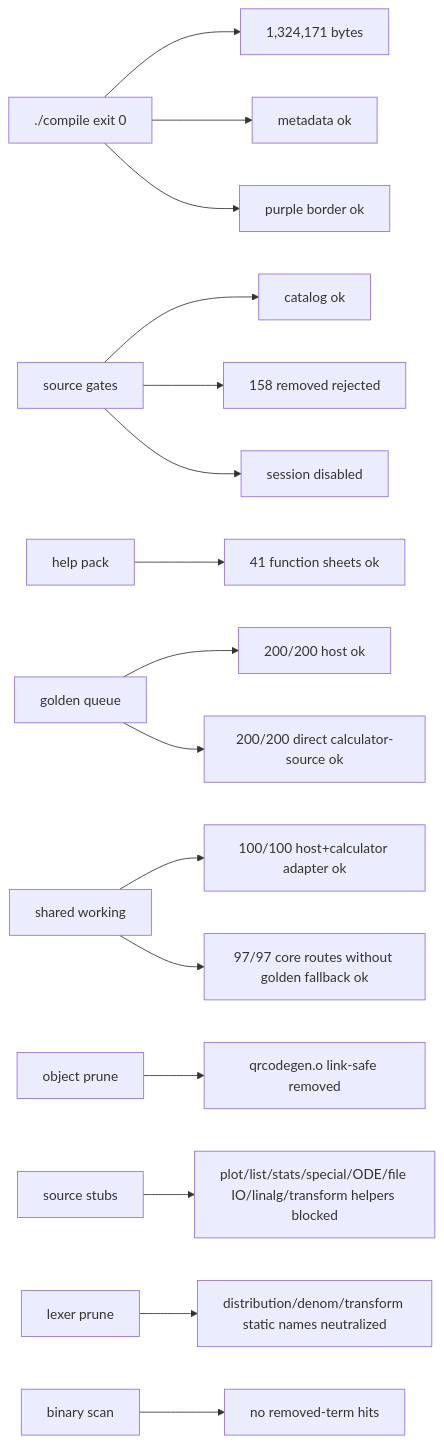
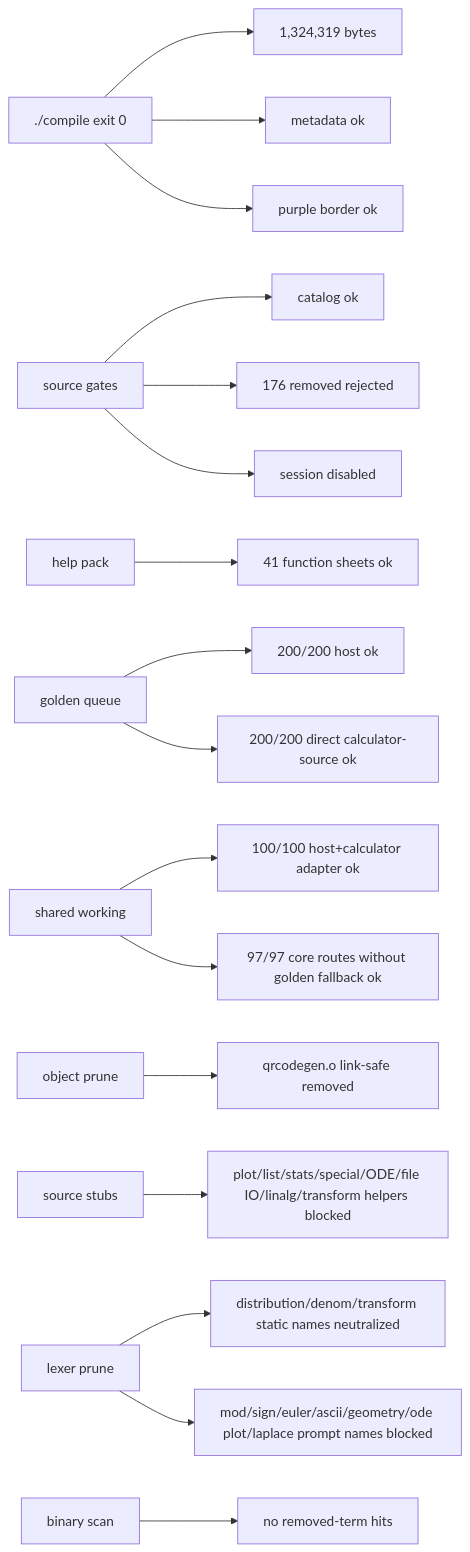
The seventh of 7 diagrams in docs/GRAPH.md (james8464/notes-addin-casio-fx-cg50), drawn with Mermaid before and after one commit. The commit also changed other lines of this file and 15 other files, not shown here.

````diff
--- a/docs/GRAPH.md
+++ b/docs/GRAPH.md
@@ -145,18 +145,19 @@
 ```mermaid
 graph LR
-  Build["./compile exit 0"] --> Size["1,324,171 bytes"]
+  Build["./compile exit 0"] --> Size["1,324,319 bytes"]
   Build --> Meta["metadata ok"]
   Build --> Border["purple border ok"]
   Source["source gates"] --> Catalog["catalog ok"]
-  Source --> Removed["158 removed rejected"]
+  Source --> Removed["176 removed rejected"]
   Source --> Session["session disabled"]
   Help["help pack"] --> HelpQ["41 function sheets ok"]
   Queue["golden queue"] --> QueueRun["200/200 host ok"]
   Queue --> GoldenRun["200/200 direct calculator-source ok"]
   Shared["shared working"] --> SharedRun["100/100 host+calculator adapter ok"]
   Shared --> CoreRun["97/97 core routes without golden fallback ok"]
   Obj["object prune"] --> QR["qrcodegen.o link-safe removed"]
   Macro["source stubs"] --> Stubbed["plot/list/stats/special/ODE/file IO/linalg/transform helpers blocked"]
   Static["lexer prune"] --> StaticRun["distribution/denom/transform static names neutralized"]
+  Static --> PromptRun["mod/sign/euler/ascii/geometry/ode plot/laplace prompt names blocked"]
   Bin["binary scan"] --> NoLeak["no removed-term hits"]
 ```
````
